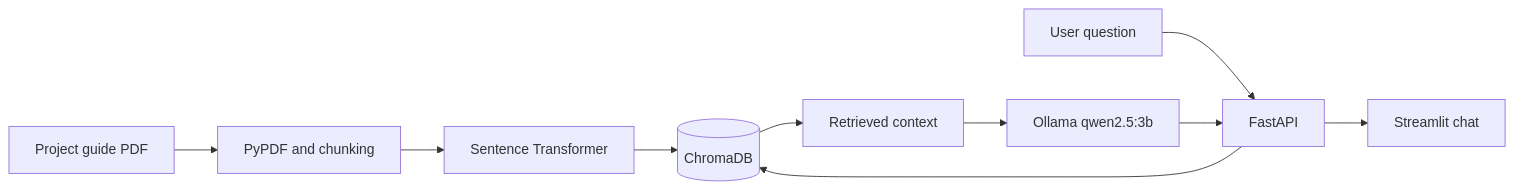
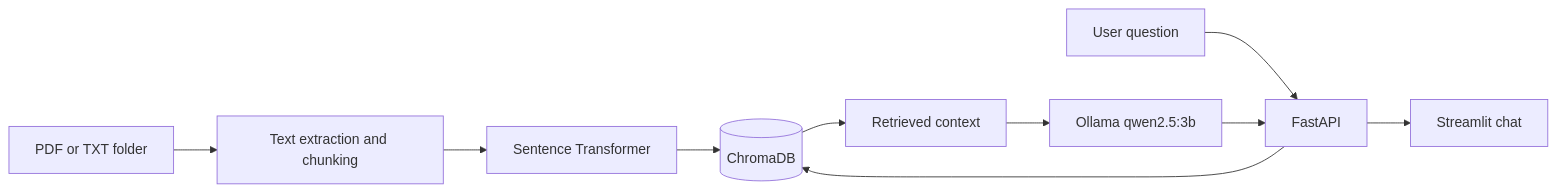
The diagram in README.md (MrTr4p/RAG_ITI), drawn with Mermaid before and after one commit. The commit also changed other lines of this file and 15 other files, not shown here.

````diff
--- a/README.md
+++ b/README.md
@@ -7,12 +7,12 @@
 ```mermaid
 flowchart LR
-    A[Project guide PDF] --> B[PyPDF and chunking]
+    A[PDF or TXT folder] --> B[Text extraction and chunking]
     B --> C[Sentence Transformer]
     C --> D[(ChromaDB)]
     Q[User question] --> E[FastAPI]
     E --> D
     D --> F[Retrieved context]
     F --> G[Ollama qwen2.5:3b]
     G --> E
     E --> H[Streamlit chat]
 ```
````
